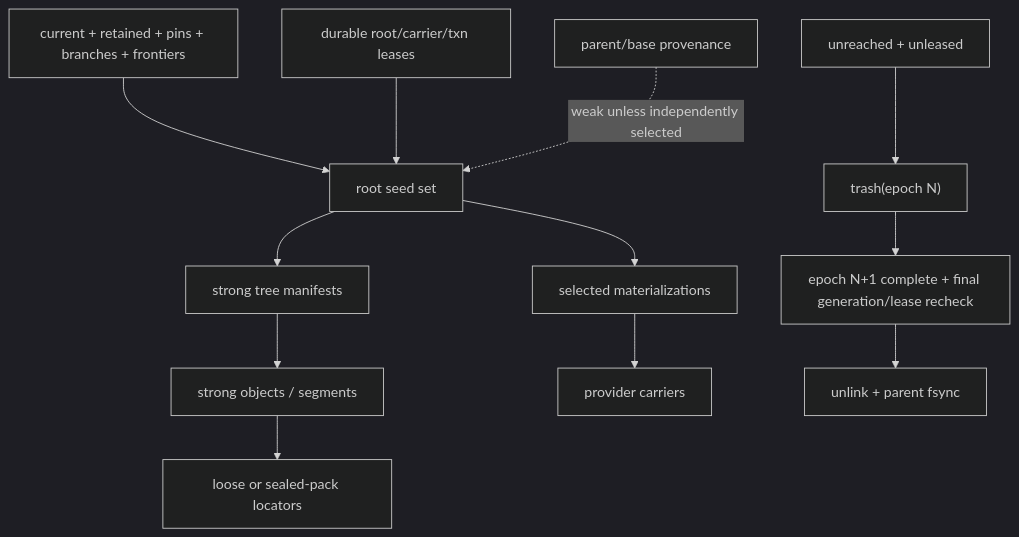
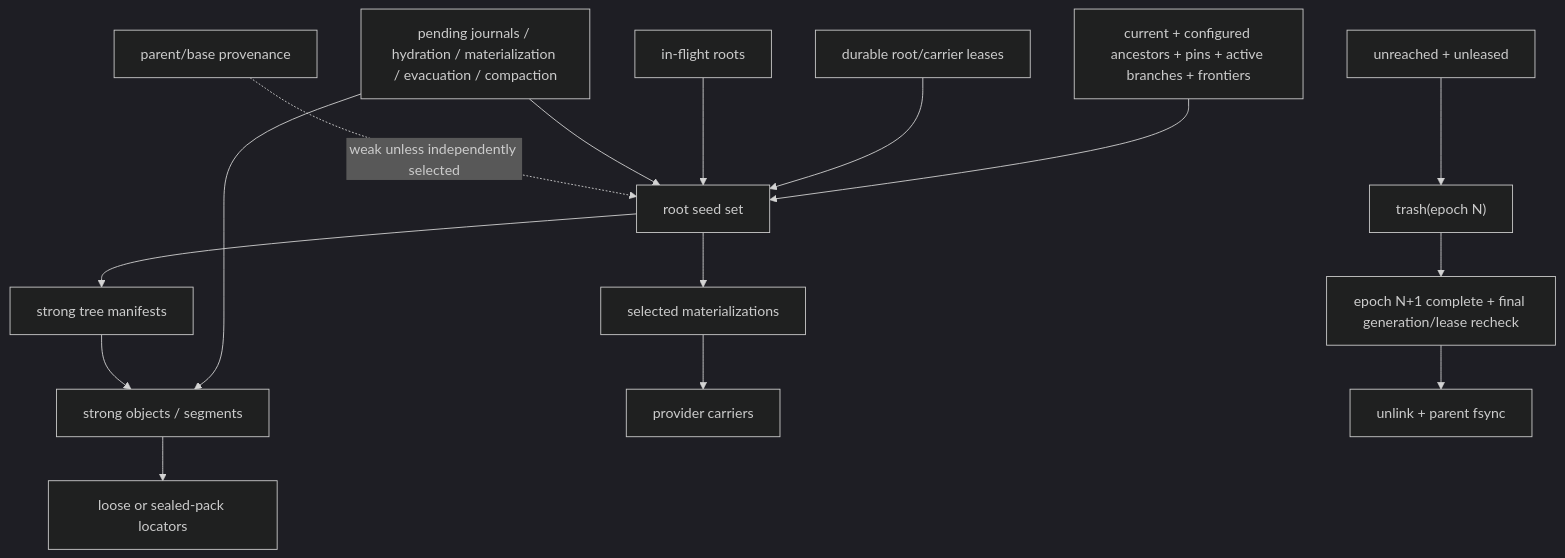
Before and after one commit to Ephemeral-AI-Lab/ephemeral-sandbox-docs: the second of 3 diagrams in implementation-plan/2.0 migration/phase 1/implementation/stage_08_retention_gc_packs/spec.md, drawn with Mermaid (dark theme). The commit also changed other lines of this file and 35 other files, not shown here.

````diff
--- a/implementation-plan/2.0 migration/phase 1/implementation/stage_08_retention_gc_packs/spec.md
+++ b/implementation-plan/2.0 migration/phase 1/implementation/stage_08_retention_gc_packs/spec.md
@@ -318,14 +406,17 @@
 ```mermaid
 flowchart TD
-  POLICY["current + retained + pins + branches + frontiers"] --> ROOTS["root seed set"]
-  LEASES["durable root/carrier/txn leases"] --> ROOTS
+  POLICY["current + configured ancestors + pins + active branches + frontiers"] --> ROOTS["root seed set"]
+  LEASES["durable root/carrier leases"] --> ROOTS
+  INFLIGHT["in-flight roots"] --> ROOTS
+  PENDING["pending journals / hydration / materialization / evacuation / compaction"] --> ROOTS
+  PENDING --> OBJECTS
   ROOTS --> TREES["strong tree manifests"]
   TREES --> OBJECTS["strong objects / segments"]
   ROOTS --> MATS["selected materializations"]
   MATS --> CARRIERS["provider carriers"]
   OBJECTS --> LOCATORS["loose or sealed-pack locators"]
   PROV["parent/base provenance"] -. weak unless independently selected .-> ROOTS
   UNREACHED["unreached + unleased"] --> TRASH["trash(epoch N)"]
   TRASH --> RECHECK["epoch N+1 complete + final generation/lease recheck"]
   RECHECK --> DELETE["unlink + parent fsync"]
 ```
````
